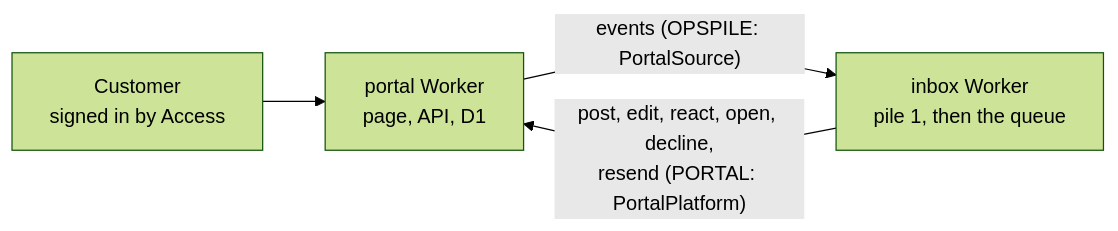
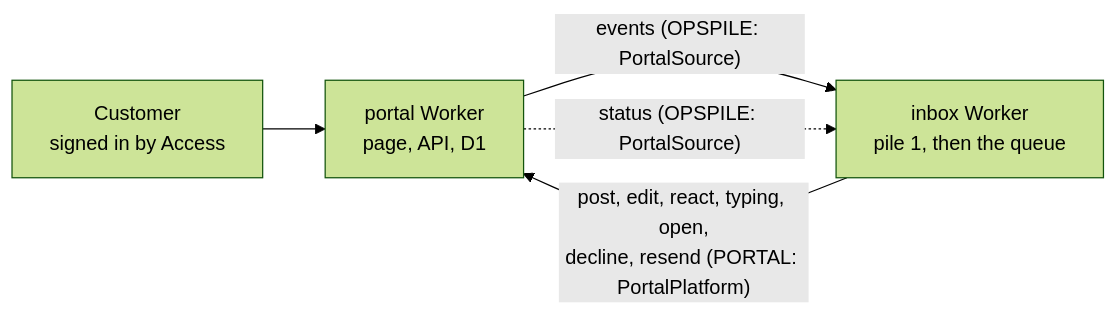
The second of 2 diagrams in docs/ARCHITECTURE.md (adobe/helix-opspile), drawn with Mermaid (forest theme) before and after one commit. The commit also changed other lines of this file and 32 other files, not shown here.

````diff
--- a/docs/ARCHITECTURE.md
+++ b/docs/ARCHITECTURE.md
@@ -2547,6 +2547,7 @@
 ```mermaid
 flowchart LR
   C[Customer<br/>signed in by Access] --> PW[portal Worker<br/>page, API, D1]
   PW -- "events (OPSPILE: PortalSource)" --> IN[inbox Worker<br/>pile 1, then the queue]
-  IN -- "post, edit, react, open, decline,<br/>resend (PORTAL: PortalPlatform)" --> PW
+  IN -- "post, edit, react, typing, open,<br/>decline, resend (PORTAL: PortalPlatform)" --> PW
+  PW -. "status (OPSPILE: PortalSource)" .-> IN
 ```
````
